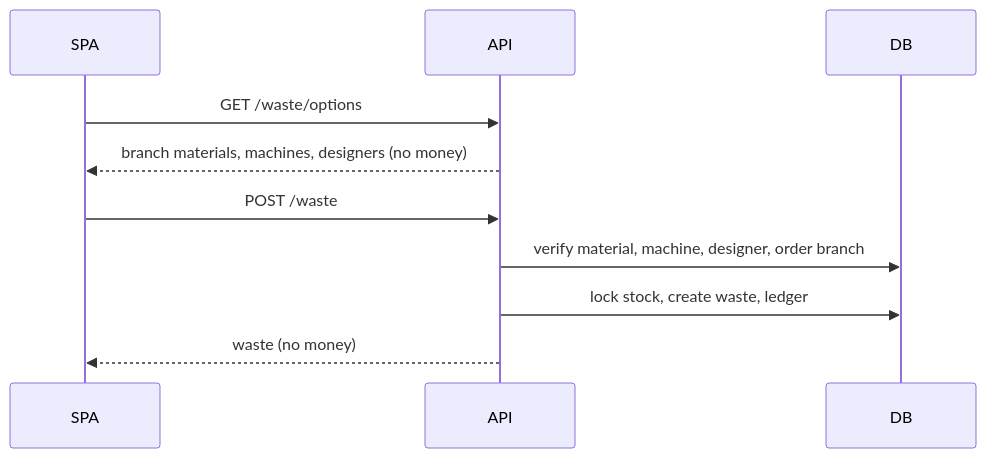
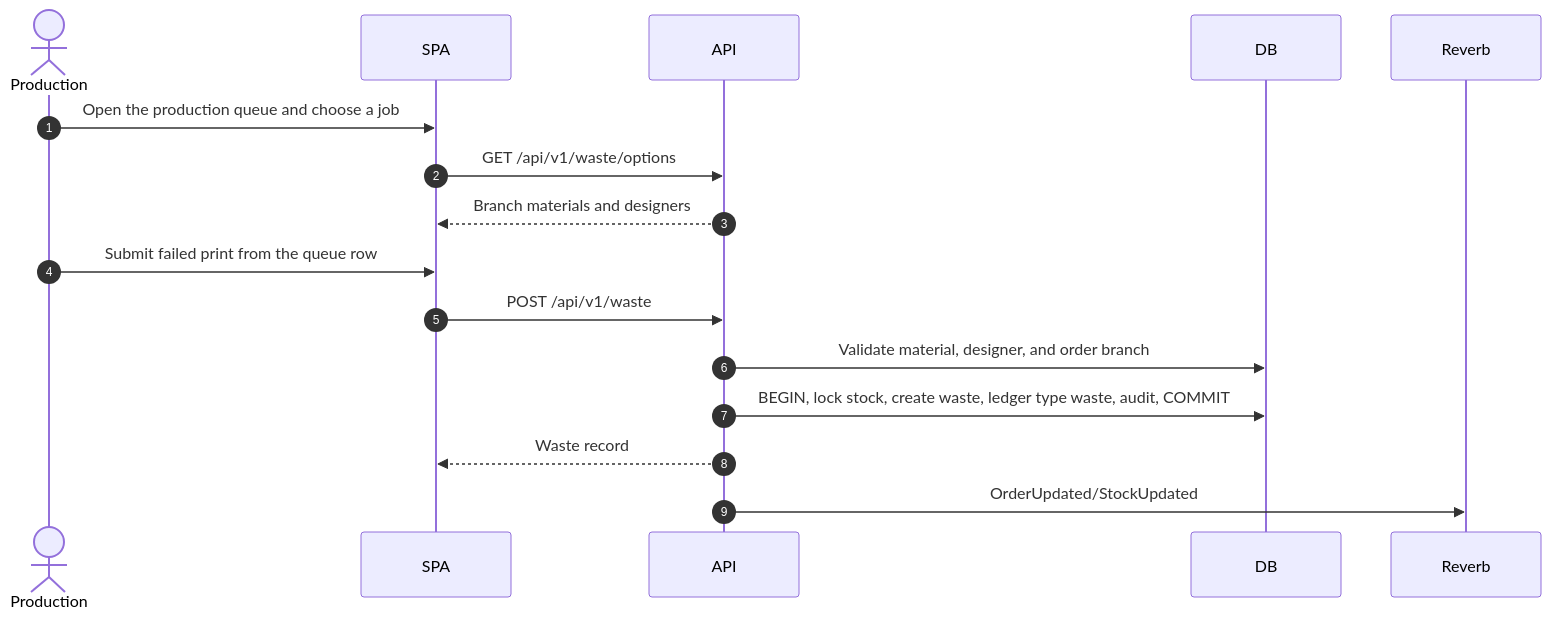
Before and after one commit to Arukast/pos_alja: diagram 14 of 21 in docs/architecture/sequence-diagrams.md, drawn with Mermaid. The commit also changed other lines of this file and 18 other files, not shown here.

````diff
--- a/docs/architecture/sequence-diagrams.md
+++ b/docs/architecture/sequence-diagrams.md
@@ -90,13 +366,19 @@
 ```mermaid
 sequenceDiagram
+    autonumber
+    actor P as Production
     participant SPA
     participant API
     participant DB
+    participant R as Reverb
 
-    SPA->>API: GET /waste/options
-    API-->>SPA: branch materials, machines, designers (no money)
-    SPA->>API: POST /waste
-    API->>DB: verify material, machine, designer, order branch
-    API->>DB: lock stock, create waste, ledger
-    API-->>SPA: waste (no money)
+    P->>SPA: Open the production queue and choose a job
+    SPA->>API: GET /api/v1/waste/options
+    API-->>SPA: Branch materials and designers
+    P->>SPA: Submit failed print from the queue row
+    SPA->>API: POST /api/v1/waste
+    API->>DB: Validate material, designer, and order branch
+    API->>DB: BEGIN, lock stock, create waste, ledger type waste, audit, COMMIT
+    API-->>SPA: Waste record
+    API->>R: OrderUpdated/StockUpdated
 ```
````
